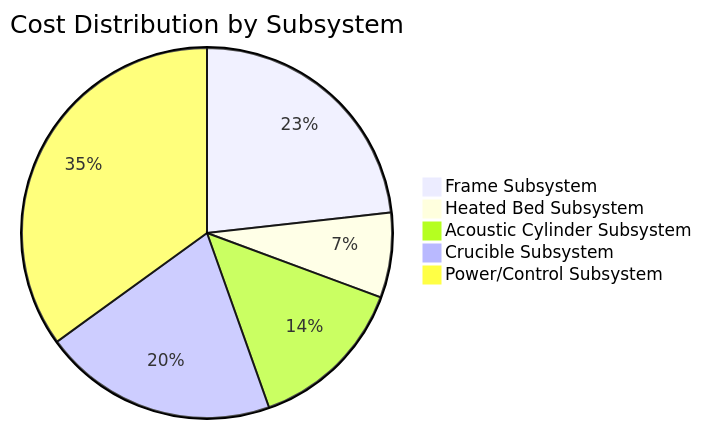
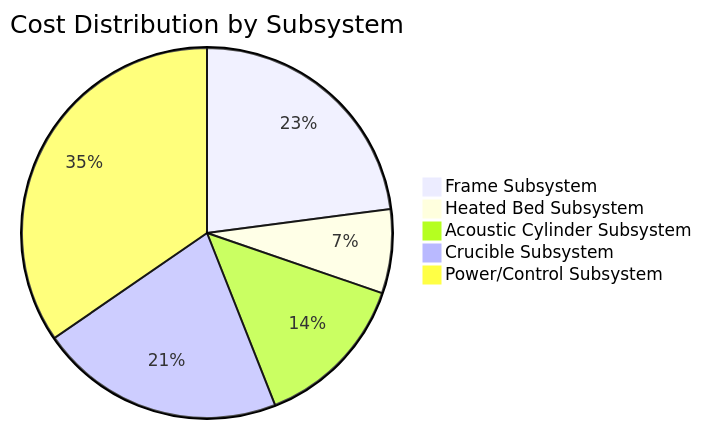
The first of 2 diagrams in docs/dashboard.md (jnarwell/drip), drawn with Mermaid before and after one commit. The commit also changed other lines of this file and 11 other files, not shown here.

````diff
--- a/docs/dashboard.md
+++ b/docs/dashboard.md
@@ -48,8 +48,8 @@
 ```mermaid
 pie title Cost Distribution by Subsystem
     "Frame Subsystem" : 4240
     "Heated Bed Subsystem" : 1356
     "Acoustic Cylinder Subsystem" : 2540
-    "Crucible Subsystem" : 3735
-    "Power/Control Subsystem" : 6387
+    "Crucible Subsystem" : 3956
+    "Power/Control Subsystem" : 6397
 ```
````
